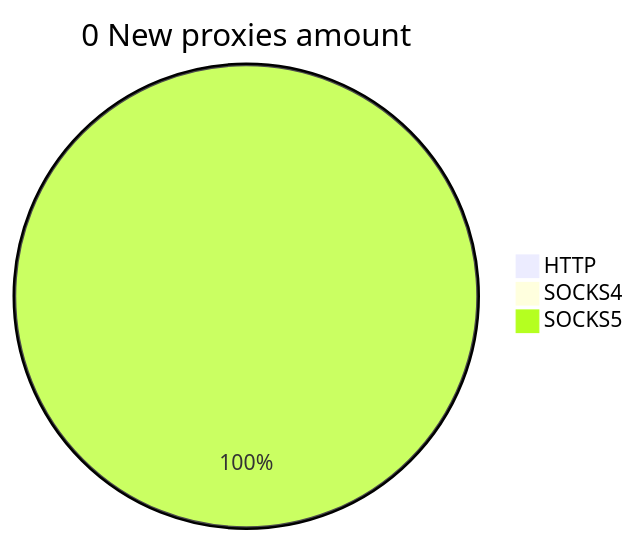
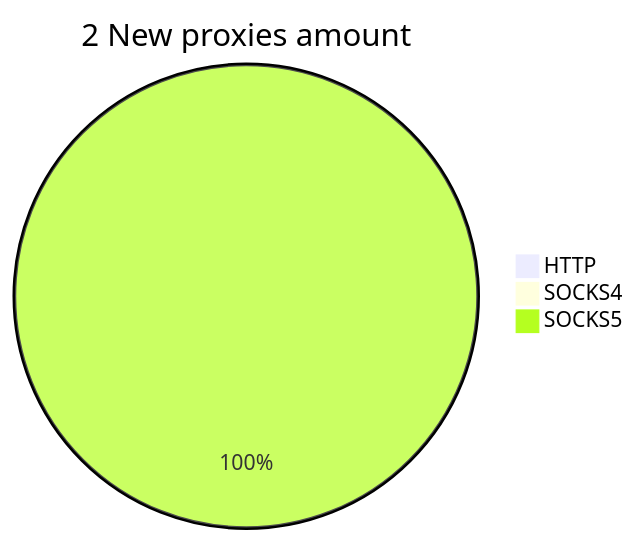
Before and after one commit to cutipu/proxylist: the second of 2 diagrams in README.md, drawn with Mermaid. The commit also changed other lines of this file, not shown here.

````diff
--- a/README.md
+++ b/README.md
@@ -10,6 +10,6 @@
 ```mermaid
-pie title 0 New proxies amount
+pie title 2 New proxies amount
     "HTTP" : 0
     "SOCKS4" : 0
-    "SOCKS5" : 1
+    "SOCKS5" : 2
 ```
````
